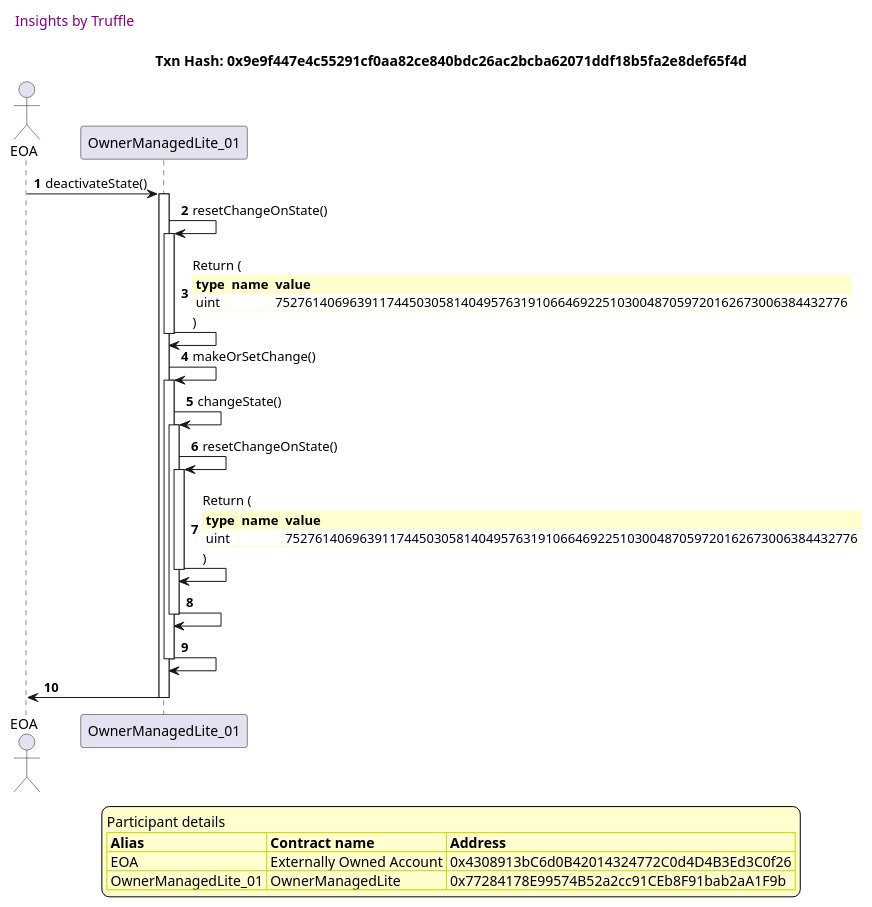
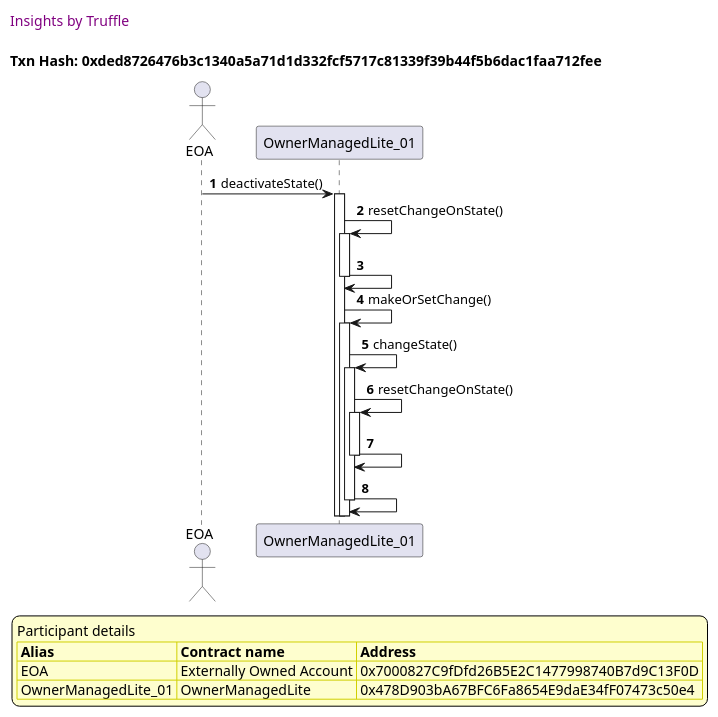
One commit to thedarkjester/ConsensysAssignment changed the tenth of 31 diagrams in truffle-seq/OwnerManagedLite_test_griefing_prevention.md. Above: the diagram before and after it, drawn with PlantUML. The commit also changed other lines of this file and 13 other files, not shown here.

````diff
--- a/truffle-seq/OwnerManagedLite_test_griefing_prevention.md
+++ b/truffle-seq/OwnerManagedLite_test_griefing_prevention.md
@@ -481,51 +451,43 @@
 ```plantuml
 
 
 @startuml
 
 autonumber
 skinparam legendBackgroundColor #FEFECE
 
 <style>
       header {
         HorizontalAlignment left
         FontColor purple
         FontSize 14
         Padding 10
       }
     </style>
 
 header Insights by Truffle
 
-title Txn Hash: 0x9e9f447e4c55291cf0aa82ce840bdc26ac2bcba62071ddf18b5fa2e8def65f4d
+title Txn Hash: 0xded8726476b3c1340a5a71d1d332fcf5717c81339f39b44f5b6dac1faa712fee
 
 
 actor EOA as "EOA"
 participant OwnerManagedLite_01 as "OwnerManagedLite_01"
 
 "EOA" -> "OwnerManagedLite_01" ++: deactivateState()
 "OwnerManagedLite_01" -> "OwnerManagedLite_01" ++: resetChangeOnState()
-"OwnerManagedLite_01" -> "OwnerManagedLite_01" --: Return (\n\
-<#FEFECE,#FEFECE>|= type |= name |= value |\n\
-| uint |  | 75276140696391174450305814049576319106646922510300487059720162673006384432776 |\n\
-)
+"OwnerManagedLite_01" -> "OwnerManagedLite_01" --: 
 "OwnerManagedLite_01" -> "OwnerManagedLite_01" ++: makeOrSetChange()
 "OwnerManagedLite_01" -> "OwnerManagedLite_01" ++: changeState()
 "OwnerManagedLite_01" -> "OwnerManagedLite_01" ++: resetChangeOnState()
-"OwnerManagedLite_01" -> "OwnerManagedLite_01" --: Return (\n\
-<#FEFECE,#FEFECE>|= type |= name |= value |\n\
-| uint |  | 75276140696391174450305814049576319106646922510300487059720162673006384432776 |\n\
-)
 "OwnerManagedLite_01" -> "OwnerManagedLite_01" --: 
 "OwnerManagedLite_01" -> "OwnerManagedLite_01" --: 
-"OwnerManagedLite_01" -> "EOA" --: 
 
 legend
 Participant details
 <#FEFECE,#D0D000>|= Alias |= Contract name |= Address |
-<#FEFECE>| EOA | Externally Owned Account | 0x4308913bC6d0B42014324772C0d4D4B3Ed3C0f26 |
-<#FEFECE>| OwnerManagedLite_01 | OwnerManagedLite | 0x77284178E99574B52a2cc91CEb8F91bab2aA1F9b |
+<#FEFECE>| EOA | Externally Owned Account | 0x7000827C9fDfd26B5E2C1477998740B7d9C13F0D |
+<#FEFECE>| OwnerManagedLite_01 | OwnerManagedLite | 0x478D903bA67BFC6Fa8654E9daE34fF07473c50e4 |
 endlegend
 
 @enduml
 ```
````
